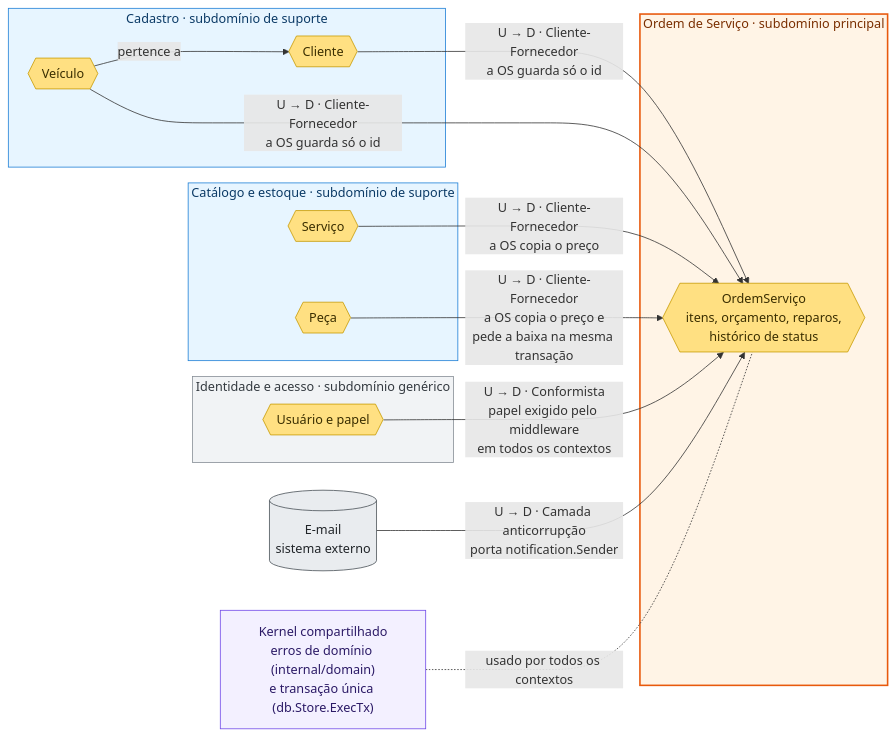
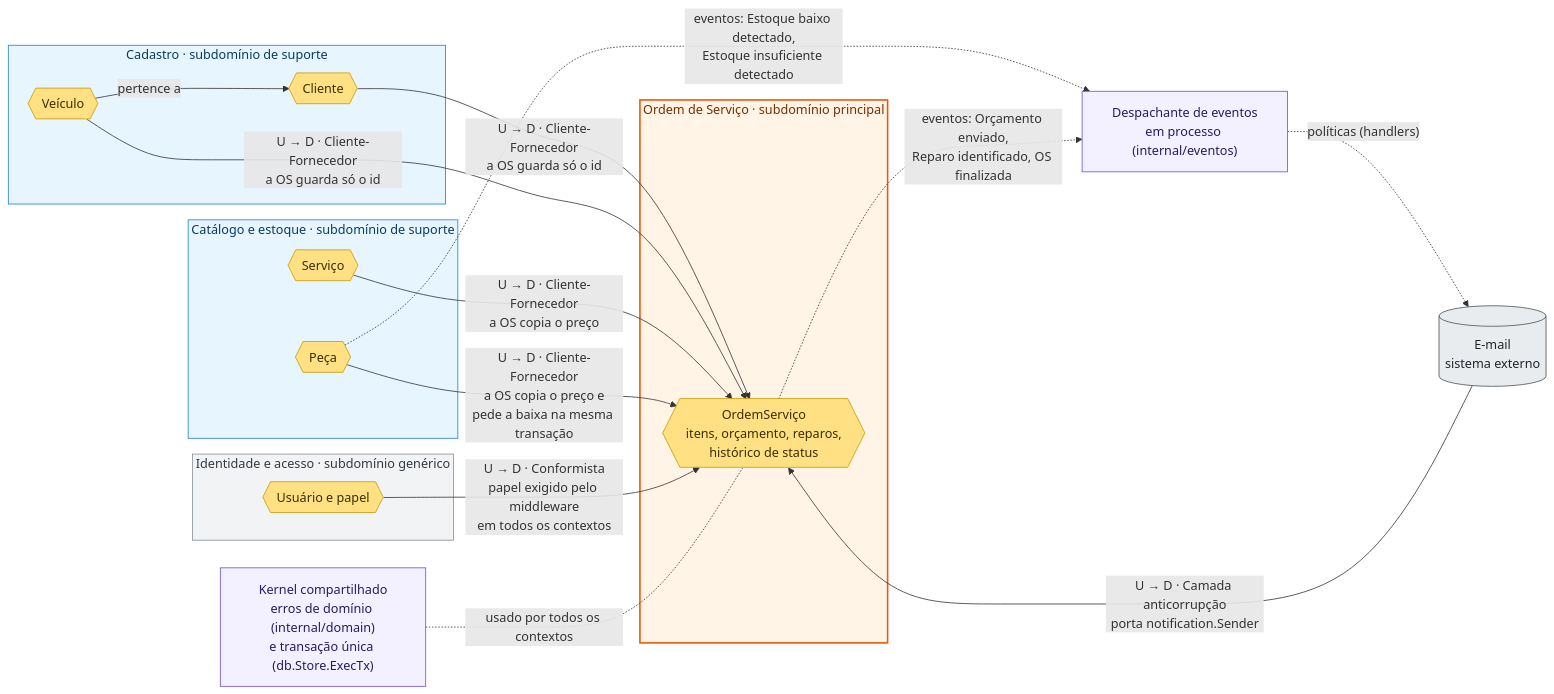
The diagram in docs/ddd/mapa-de-contexto.md (Teixeiraass/backend_techchallenger), drawn with Mermaid before and after one commit. The commit also changed other lines of this file and 2 other files, not shown here.

Commit message:
docs: LU §5.3 e mapa de contexto passam a descrever os eventos de domínio

````diff
--- a/docs/ddd/mapa-de-contexto.md
+++ b/docs/ddd/mapa-de-contexto.md
@@ -7,39 +7,44 @@
 ```mermaid
 flowchart LR
     subgraph cadastro["Cadastro · subdomínio de suporte"]
         CLI{{"Cliente"}}
         VEI{{"Veículo"}}
     end
     subgraph catalogo["Catálogo e estoque · subdomínio de suporte"]
         SER{{"Serviço"}}
         PEC{{"Peça"}}
     end
     subgraph os["Ordem de Serviço · subdomínio principal"]
         OS{{"OrdemServiço<br/>itens, orçamento, reparos,<br/>histórico de status"}}
     end
     subgraph identidade["Identidade e acesso · subdomínio genérico"]
         USR{{"Usuário e papel"}}
     end
     EMAIL[("E-mail<br/>sistema externo")]
     SK["Kernel compartilhado<br/>erros de domínio (internal/domain)<br/>e transação única (db.Store.ExecTx)"]
 
     VEI -- "pertence a" --> CLI
     CLI -- "U → D · Cliente-Fornecedor<br/>a OS guarda só o id" --> OS
     VEI -- "U → D · Cliente-Fornecedor<br/>a OS guarda só o id" --> OS
     SER -- "U → D · Cliente-Fornecedor<br/>a OS copia o preço" --> OS
     PEC -- "U → D · Cliente-Fornecedor<br/>a OS copia o preço e<br/>pede a baixa na mesma transação" --> OS
+    PEC -. "eventos: Estoque baixo detectado,<br/>Estoque insuficiente detectado" .-> EV
+    OS -. "eventos: Orçamento enviado,<br/>Reparo identificado, OS finalizada" .-> EV
+    EV -. "políticas (handlers)" .-> EMAIL
     USR -- "U → D · Conformista<br/>papel exigido pelo middleware<br/>em todos os contextos" --> OS
     EMAIL -- "U → D · Camada anticorrupção<br/>porta notification.Sender" --> OS
+    EV["Despachante de eventos<br/>em processo (internal/eventos)"]
     SK -. "usado por todos os contextos" .- OS
 
     classDef agregado fill:#FFE082,stroke:#C79A00,color:#3A2E00
     classDef externo fill:#E9ECEF,stroke:#495057,color:#212529
     classDef kernel fill:#F3F0FF,stroke:#7048E8,color:#2B1A66
+    class EV kernel
     class CLI,VEI,SER,PEC,OS,USR agregado
     class EMAIL externo
     class SK kernel
     style os fill:#FFF4E6,stroke:#E8590C,stroke-width:2px,color:#7A2E00
     style cadastro fill:#E7F5FF,stroke:#1C7ED6,color:#0B3A66
     style catalogo fill:#E7F5FF,stroke:#1C7ED6,color:#0B3A66
     style identidade fill:#F1F3F5,stroke:#868E96,color:#343A40
 ```
````
